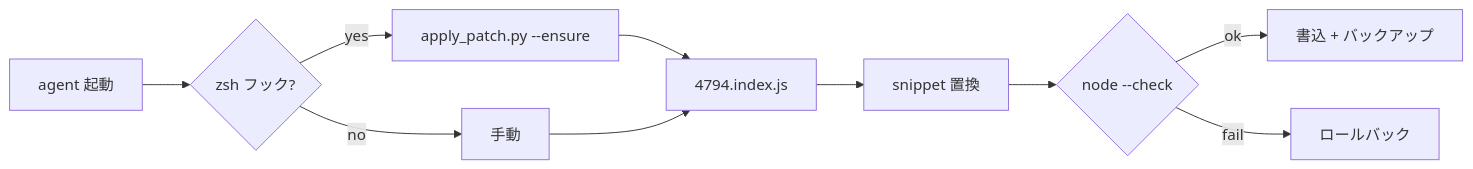
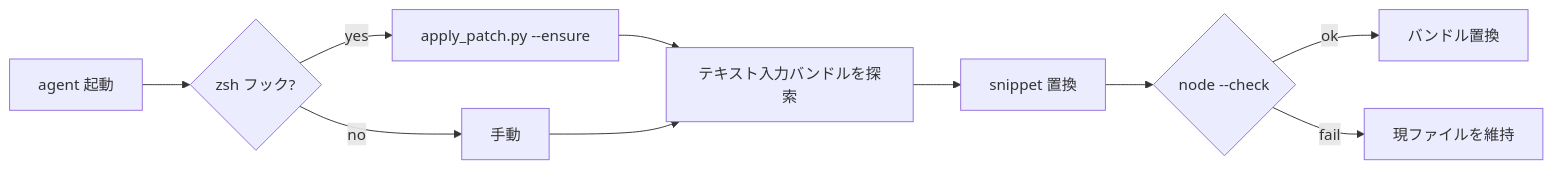
Before and after one commit to vzts/cursor-cli-input-patch: the diagram in README.ja.md, drawn with Mermaid. The commit also changed other lines of this file and 6 other files, not shown here.

````diff
--- a/README.ja.md
+++ b/README.ja.md
@@ -156,12 +156,12 @@
 ```mermaid
 flowchart LR
   A[agent 起動] --> B{zsh フック?}
   B -->|yes| C[apply_patch.py --ensure]
   B -->|no| D[手動]
-  C --> E[4794.index.js]
+  C --> E[テキスト入力バンドルを探索]
   D --> E
   E --> F[snippet 置換]
   F --> G{node --check}
-  G -->|ok| H[書込 + バックアップ]
-  G -->|fail| I[ロールバック]
+  G -->|ok| H[バンドル置換]
+  G -->|fail| I[現ファイルを維持]
 ```
````
